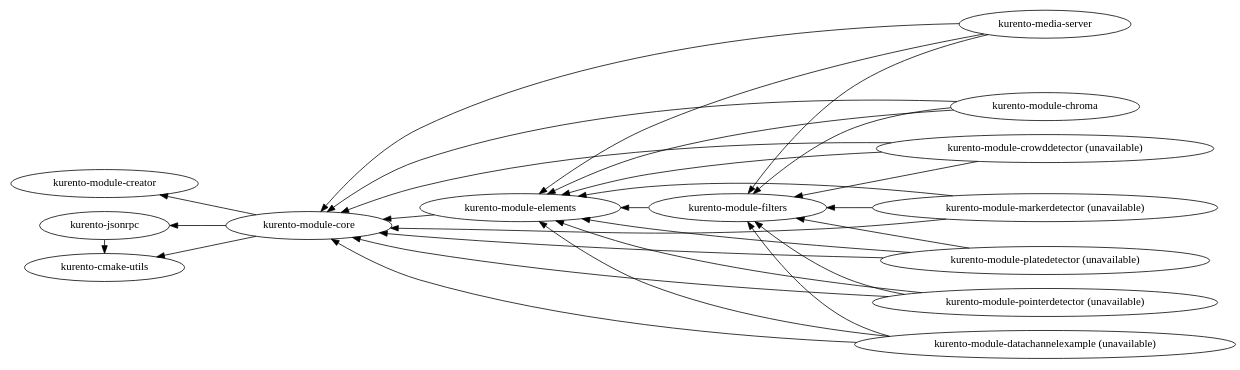
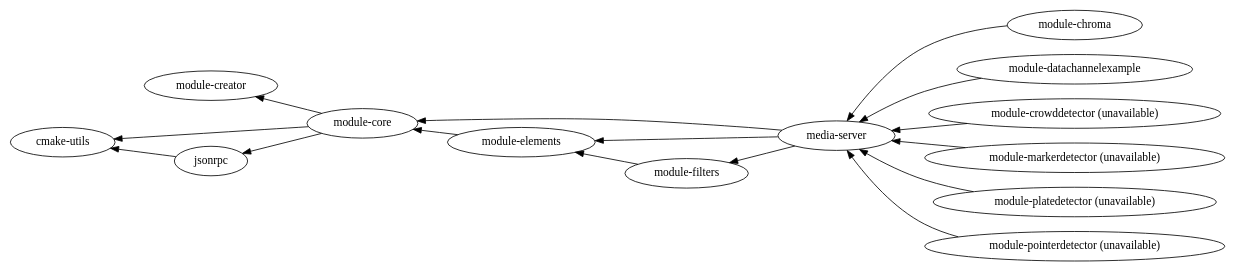
The diagram in source/images/graphs/dependencies-media-server.dot (Kurento/doc-kurento-readthedocs), drawn with Graphviz before and after one commit. The commit also changed 646 other files, not shown here.

```diff
--- a/source/images/graphs/dependencies-media-server.dot
+++ b/source/images/graphs/dependencies-media-server.dot
@@ -1,31 +1,33 @@
 digraph dependencies_media_server {
   bgcolor = "transparent";
   fontname = "Bitstream Vera Sans";
   fontsize = 8;
   size = "12,8";
 
   rankdir = "RL";
 
   // Main components.
-  {
-    rank = "same";
-    "kurento-module-creator";
-    "kurento-cmake-utils";
-    "kurento-jsonrpc";
-  }
-  "kurento-jsonrpc" -> "kurento-cmake-utils";
-  "kurento-module-core" -> {"kurento-module-creator" "kurento-cmake-utils" "kurento-jsonrpc"};
-  "kurento-module-elements" -> "kurento-module-core";
-  "kurento-module-filters" -> "kurento-module-elements";
-  "kurento-media-server" -> {"kurento-module-core" "kurento-module-elements" "kurento-module-filters"};
+  "module-creator";
+  "cmake-utils";
+  "jsonrpc" -> "cmake-utils";
+
+  "module-core" [group = "1"];
+  "module-elements" [group = "1"];
+  "module-filters" [group = "1"];
+  "media-server" [group = "1"];
+
+  "module-core" -> {"module-creator" "cmake-utils" "jsonrpc"};
+  "module-elements" -> {"module-core"};
+  "module-filters" -> "module-elements";
+  "media-server" -> {"module-core" "module-elements" "module-filters"};
 
   // Example plugins.
-  "kurento-module-chroma" -> {"kurento-module-core" "kurento-module-elements" "kurento-module-filters"};
+  "module-chroma" -> "media-server";
+  "module-datachannelexample" -> "media-server";
 
   // Build disabled on Ubuntu >= 20.04 (due to breaking changes in OpenCV 4.0).
-  "kurento-module-crowddetector (unavailable)" -> {"kurento-module-core" "kurento-module-elements" "kurento-module-filters"};
-  "kurento-module-datachannelexample (unavailable)" -> {"kurento-module-core" "kurento-module-elements" "kurento-module-filters"};
-  "kurento-module-markerdetector (unavailable)" -> {"kurento-module-core" "kurento-module-elements" "kurento-module-filters"};
-  "kurento-module-platedetector (unavailable)" -> {"kurento-module-core" "kurento-module-elements" "kurento-module-filters"};
-  "kurento-module-pointerdetector (unavailable)" -> {"kurento-module-core" "kurento-module-elements" "kurento-module-filters"};
+  "module-crowddetector (unavailable)" -> "media-server";
+  "module-markerdetector (unavailable)" -> "media-server";
+  "module-platedetector (unavailable)" -> "media-server";
+  "module-pointerdetector (unavailable)" -> "media-server";
 }
```
